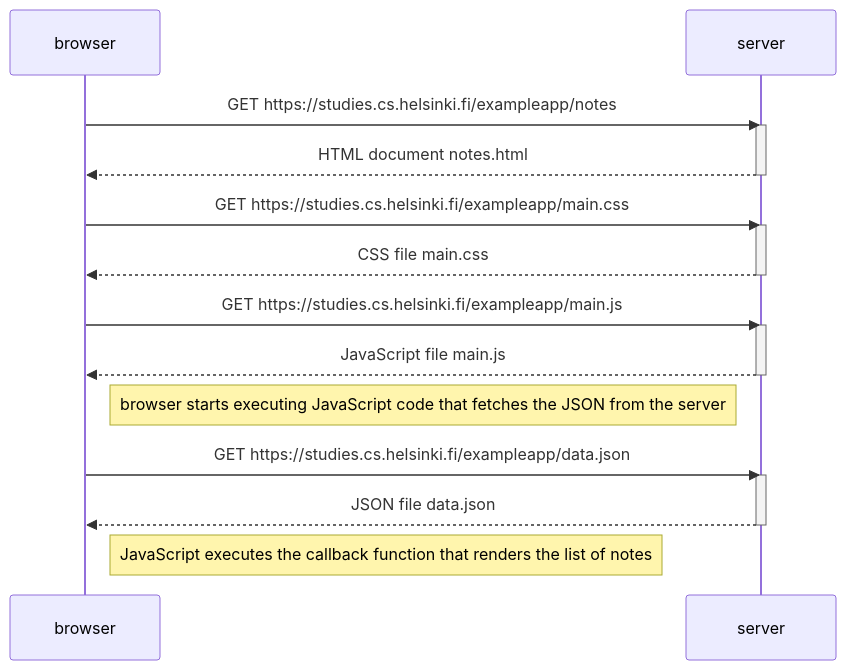
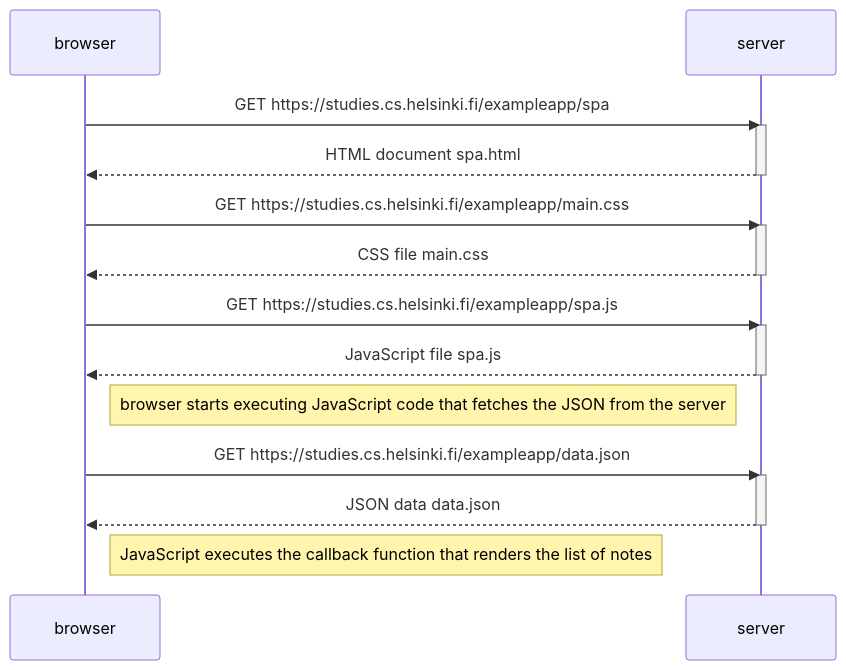
One commit to ElektrazCode/FullStackOpen changed the diagram in Part0/0-5-SPADiagram.md. Above: the diagram before and after it, drawn with Mermaid. The commit also changed 2 other files, not shown here.

Commit message:
Revised Part0

````diff
--- a/Part0/0-5-SPADiagram.md
+++ b/Part0/0-5-SPADiagram.md
@@ -1,30 +1,30 @@
 ```mermaid
 sequenceDiagram
 participant browser
 participant server
 
-browser->>server: GET https://studies.cs.helsinki.fi/exampleapp/notes
+browser->>server: GET https://studies.cs.helsinki.fi/exampleapp/spa
 activate server
-server-->>browser: HTML document notes.html
+server-->>browser: HTML document spa.html
 deactivate server
 
 browser->>server: GET https://studies.cs.helsinki.fi/exampleapp/main.css
 activate server
 server-->>browser: CSS file main.css
 deactivate server
 
-browser->>server: GET https://studies.cs.helsinki.fi/exampleapp/main.js
+browser->>server: GET https://studies.cs.helsinki.fi/exampleapp/spa.js
 activate server
-server-->>browser: JavaScript file main.js
+server-->>browser: JavaScript file spa.js
 deactivate server
 
 Note right of browser: browser starts executing JavaScript code that fetches the JSON from the server
 
 browser->>server: GET https://studies.cs.helsinki.fi/exampleapp/data.json
 activate server
-server-->>browser: JSON file data.json
+server-->>browser: JSON data data.json
 deactivate server
 
 Note right of browser: JavaScript executes the callback function that renders the list of notes
 
 ```
````
